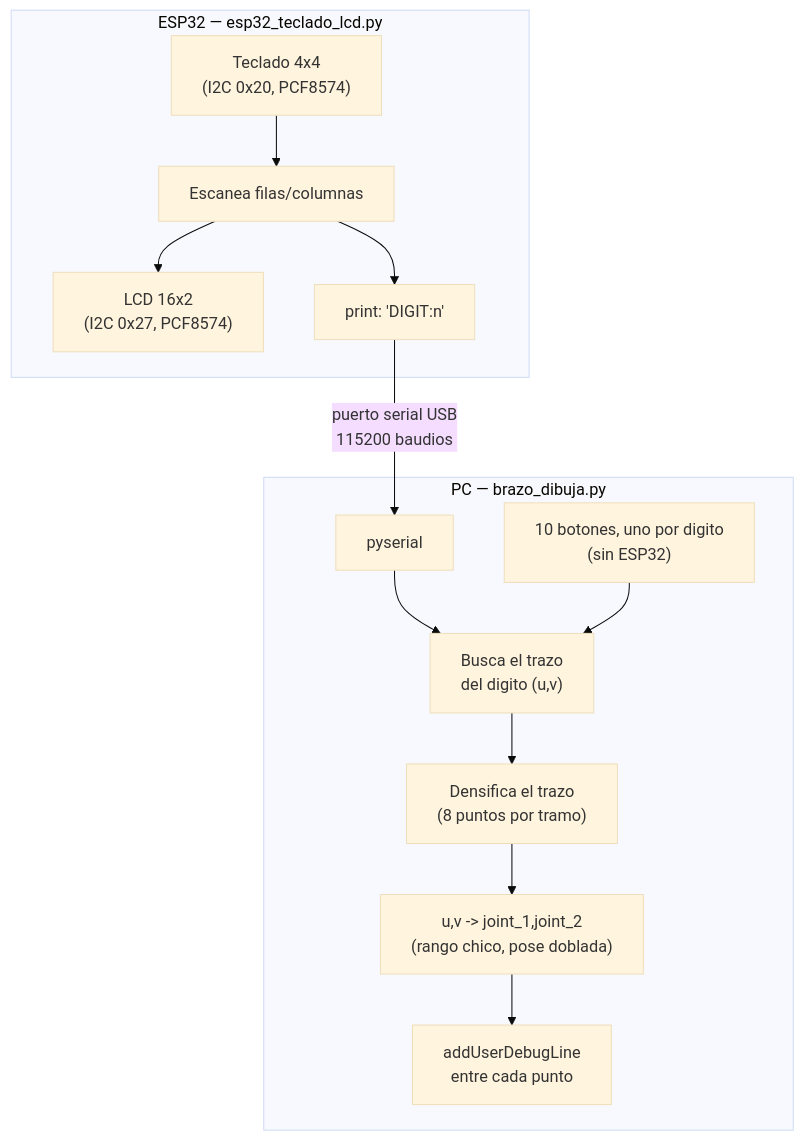
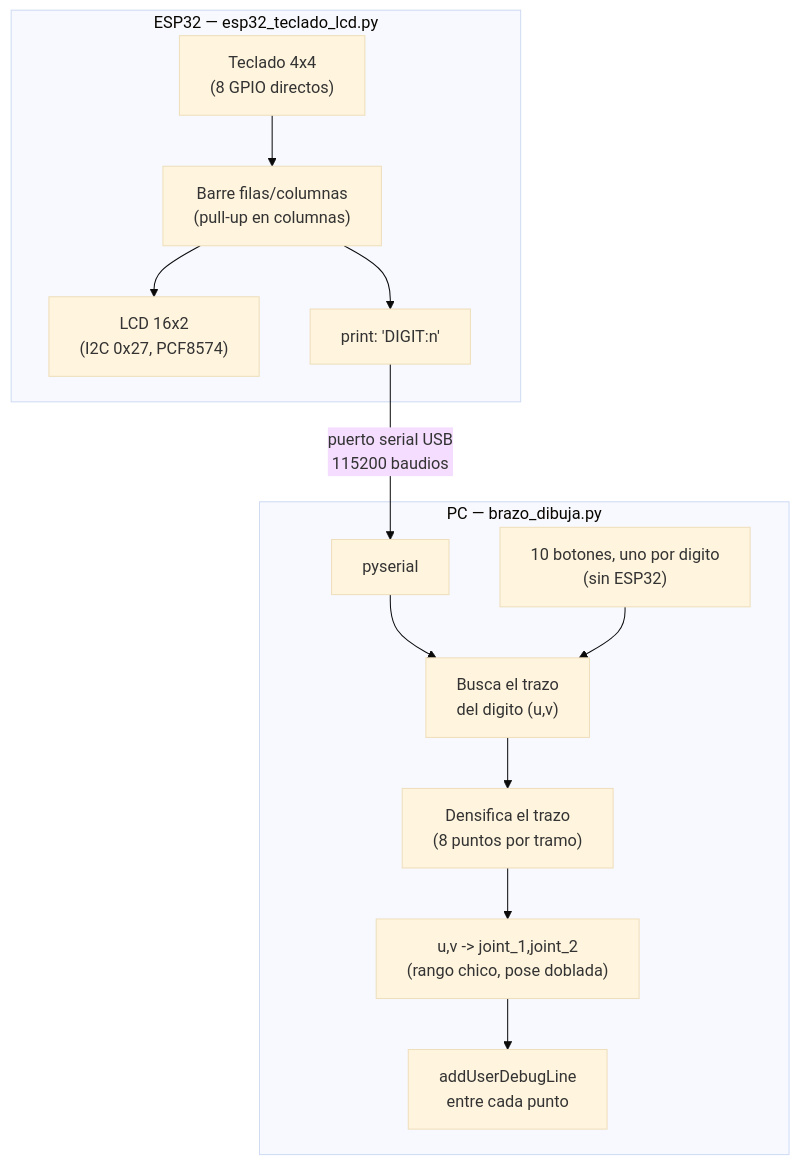
One commit to Dathinel/Sensores-Teoria changed the first of 2 diagrams in 8-digitos-brazo-y-vision/punto-1-teclado-brazo-dibujando/README.md. Above: the diagram before and after it, drawn with Mermaid (base theme). The commit also changed other lines of this file and 3 other files, not shown here.

First line of the commit message:
Tema 8 punto 1: teclado matricial directo a GPIO (filas 14/27/26/25, columnas 33/32/18/19)

````diff
--- a/8-digitos-brazo-y-vision/punto-1-teclado-brazo-dibujando/README.md
+++ b/8-digitos-brazo-y-vision/punto-1-teclado-brazo-dibujando/README.md
@@ -29,18 +35,18 @@
 ```mermaid
 flowchart TD
     subgraph ESP["ESP32 — esp32_teclado_lcd.py"]
-        Teclado["Teclado 4x4<br/>(I2C 0x20, PCF8574)"] --> Lee["Escanea filas/columnas"]
+        Teclado["Teclado 4x4<br/>(8 GPIO directos)"] --> Lee["Barre filas/columnas<br/>(pull-up en columnas)"]
         Lee --> LCD["LCD 16x2<br/>(I2C 0x27, PCF8574)"]
         Lee --> Envia["print: 'DIGIT:n'"]
     end
 
     Envia -->|"puerto serial USB<br/>115200 baudios"| Recibe
 
     subgraph PC["PC — brazo_dibuja.py"]
         Recibe["pyserial"] --> Trazo["Busca el trazo<br/>del digito (u,v)"]
         Botones["10 botones, uno por digito<br/>(sin ESP32)"] --> Trazo
         Trazo --> Densifica["Densifica el trazo<br/>(8 puntos por tramo)"]
         Densifica --> Joints["u,v -> joint_1,joint_2<br/>(rango chico, pose doblada)"]
         Joints --> Linea["addUserDebugLine<br/>entre cada punto"]
     end
 ```
````
